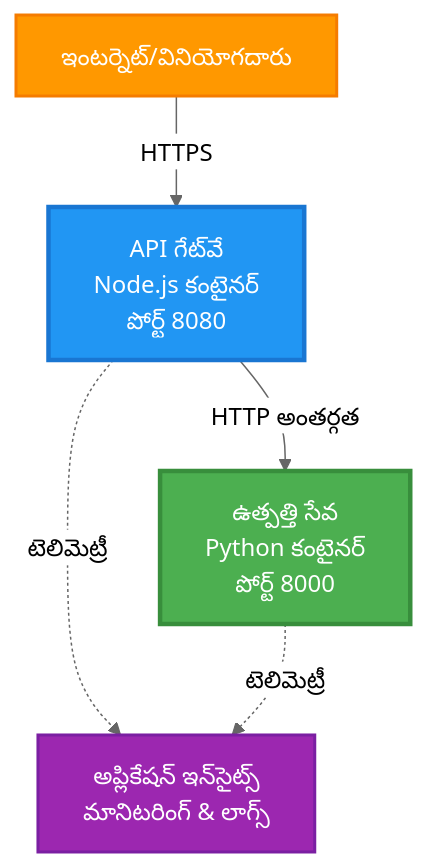
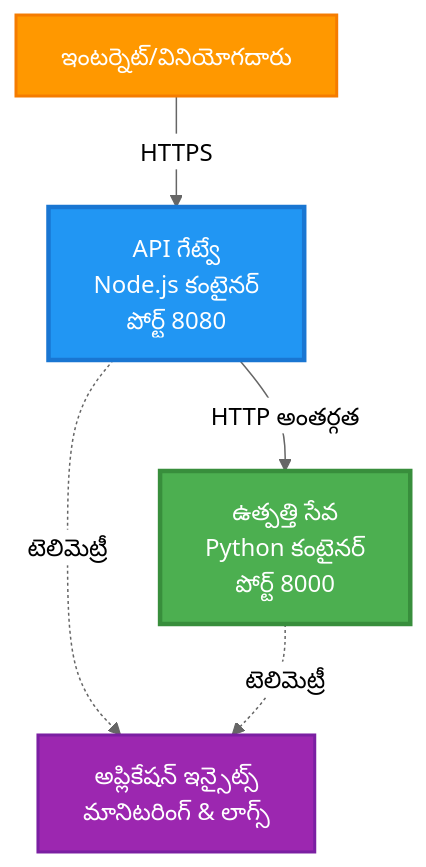
The first of 4 diagrams in translations/te/examples/microservices/README.md (microsoft/AZD-for-beginners), drawn with Mermaid (neutral theme) before and after one commit. The commit also changed other lines of this file and 470 other files, not shown here.

````diff
--- a/translations/te/examples/microservices/README.md
+++ b/translations/te/examples/microservices/README.md
@@ -40,17 +31,17 @@
 ```mermaid
 graph TB
     Internet[ఇంటర్నెట్/వినియోగదారు]
-    Gateway[API గేట్‌వే<br/>Node.js కంటైనర్<br/>పోర్ట్ 8080]
+    Gateway[API గేట్వే<br/>Node.js కంటైనర్<br/>పోర్ట్ 8080]
     Product[ఉత్పత్తి సేవ<br/>Python కంటైనర్<br/>పోర్ట్ 8000]
-    AppInsights[అప్లికేషన్ ఇన్‌సైట్స్<br/>మానిటరింగ్ & లాగ్స్]
+    AppInsights[అప్లికేషన్ ఇన్సైట్స్<br/>మానిటరింగ్ & లాగ్స్]
     
     Internet -->|HTTPS| Gateway
     Gateway -->|HTTP అంతర్గత| Product
     Gateway -.->|టెలిమెట్రీ| AppInsights
     Product -.->|టెలిమెట్రీ| AppInsights
     
     style Gateway fill:#2196F3,stroke:#1976D2,stroke-width:3px,color:#fff
     style Product fill:#4CAF50,stroke:#388E3C,stroke-width:3px,color:#fff
     style Internet fill:#FF9800,stroke:#F57C00,stroke-width:2px,color:#fff
     style AppInsights fill:#9C27B0,stroke:#7B1FA2,stroke-width:2px,color:#fff
 ```
````
